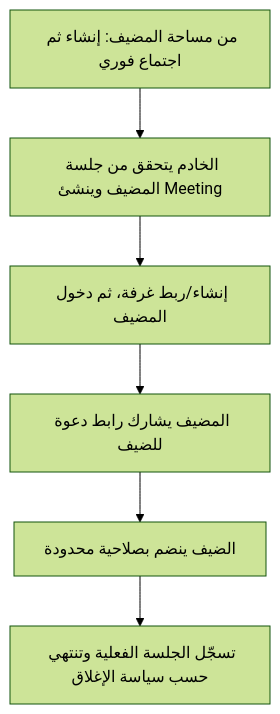
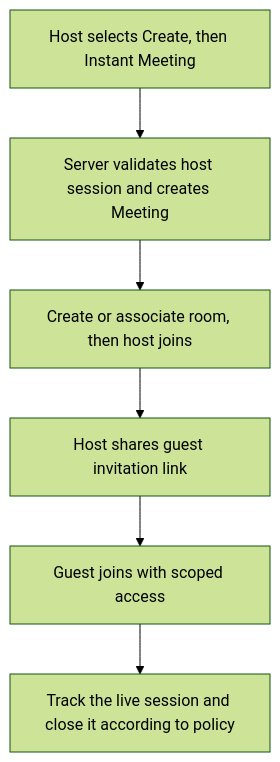
Before and after one commit to Naiimbs/Mhaf-live: the third of 3 diagrams in docs/product-direction-draft.md, drawn with Mermaid (forest theme). The commit also changed other lines of this file and 4 other files, not shown here.

````diff
--- a/docs/product-direction-draft.md
+++ b/docs/product-direction-draft.md
@@ -145,8 +145,8 @@
 ```mermaid
 flowchart TD
-  A[من مساحة المضيف: إنشاء ثم اجتماع فوري] --> B[الخادم يتحقق من جلسة المضيف وينشئ Meeting]
-  B --> C[إنشاء/ربط غرفة، ثم دخول المضيف]
-  C --> D[المضيف يشارك رابط دعوة للضيف]
-  D --> E[الضيف ينضم بصلاحية محدودة]
-  E --> F[تسجّل الجلسة الفعلية وتنتهي حسب سياسة الإغلاق]
+  A[Host selects Create, then Instant Meeting] --> B[Server validates host session and creates Meeting]
+  B --> C[Create or associate room, then host joins]
+  C --> D[Host shares guest invitation link]
+  D --> E[Guest joins with scoped access]
+  E --> F[Track the live session and close it according to policy]
 ```
````
